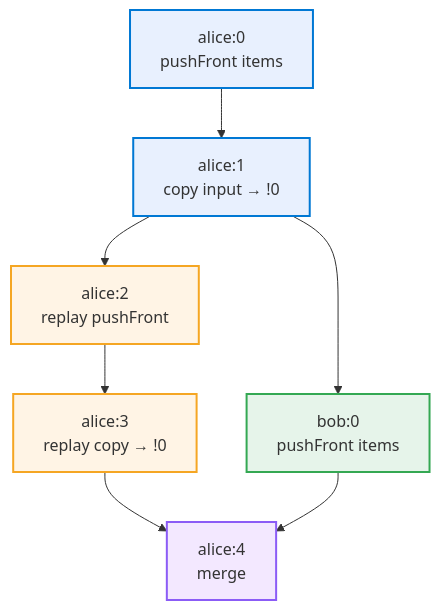
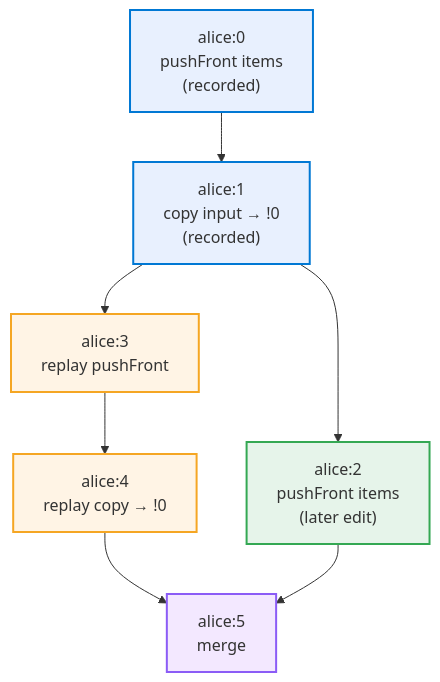
Before and after one commit to krsion/master-thesis: the diagram in img/replay.mmd, drawn with Mermaid. The commit also changed 2 other files, not shown here.

Commit message:
Simplify replay diagram to single peer, remove Bob references
All events are from Alice. Later edit (green) and replay (orange)
fork from the recording point, showing they are concurrent.

```diff
--- a/img/replay.mmd
+++ b/img/replay.mmd
@@ -1,25 +1,25 @@
 %%{init: {'themeVariables': {'fontFamily': 'monospace'}}}%%
 graph TB
-    E0["alice:0<br/>pushFront items"]
-    E1["alice:1<br/>copy input → !0"]
+    E0["alice:0<br/>pushFront items<br/>(recorded)"]
+    E1["alice:1<br/>copy input → !0<br/>(recorded)"]
 
-    BOB["bob:0<br/>pushFront items"]
+    E2["alice:2<br/>pushFront items<br/>(later edit)"]
 
-    R0["alice:2<br/>replay pushFront"]
-    R1["alice:3<br/>replay copy → !0"]
+    R0["alice:3<br/>replay pushFront"]
+    R1["alice:4<br/>replay copy → !0"]
 
-    MERGE["alice:4<br/>merge"]
+    MERGE["alice:5<br/>merge"]
 
     E0 --> E1
-    E1 --> BOB
+    E1 --> E2
     E1 --> R0
     R0 --> R1
     R1 --> MERGE
-    BOB --> MERGE
+    E2 --> MERGE
 
     style E0 fill:#e8f0fe,stroke:#0078d4,stroke-width:2px
     style E1 fill:#e8f0fe,stroke:#0078d4,stroke-width:2px
-    style BOB fill:#e6f4ea,stroke:#34a853,stroke-width:2px
+    style E2 fill:#e6f4ea,stroke:#34a853,stroke-width:2px
     style R0 fill:#fff4e5,stroke:#f5a623,stroke-width:2px
     style R1 fill:#fff4e5,stroke:#f5a623,stroke-width:2px
     style MERGE fill:#f3e8ff,stroke:#8b5cf6,stroke-width:2px
```
